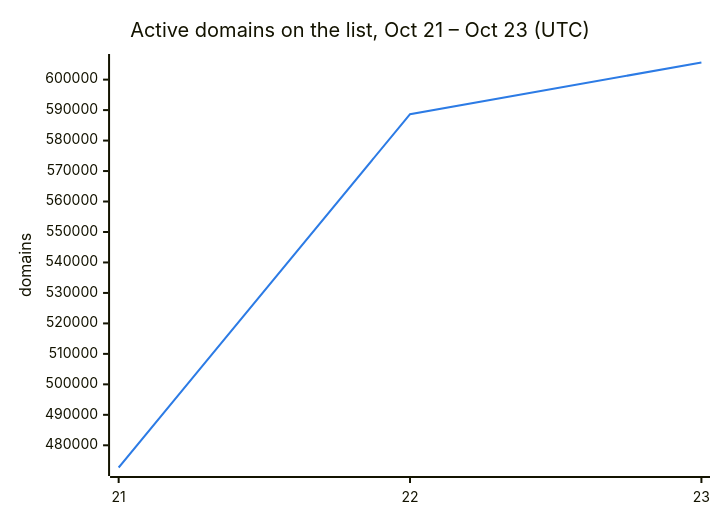
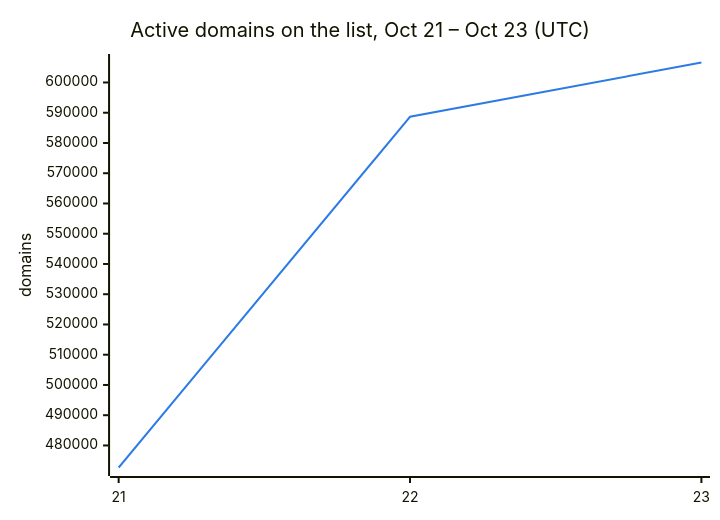
Before and after one commit to DNSBunker/CTI: the second of 3 diagrams in README.md, drawn with Mermaid. The commit also changed other lines of this file and 3 other files, not shown here.

````diff
--- a/README.md
+++ b/README.md
@@ -38,8 +38,8 @@
 ```mermaid
 %%{init: {"themeVariables": {"xyChart": {"plotColorPalette": "#2c7be5"}}}}%%
 xychart-beta
     title "Active domains on the list, Oct 21 – Oct 23 (UTC)"
     x-axis ["21", "22", "23"]
     y-axis "domains"
-    line [472713, 588659, 605621]
+    line [472713, 588659, 606606]
 ```
````
